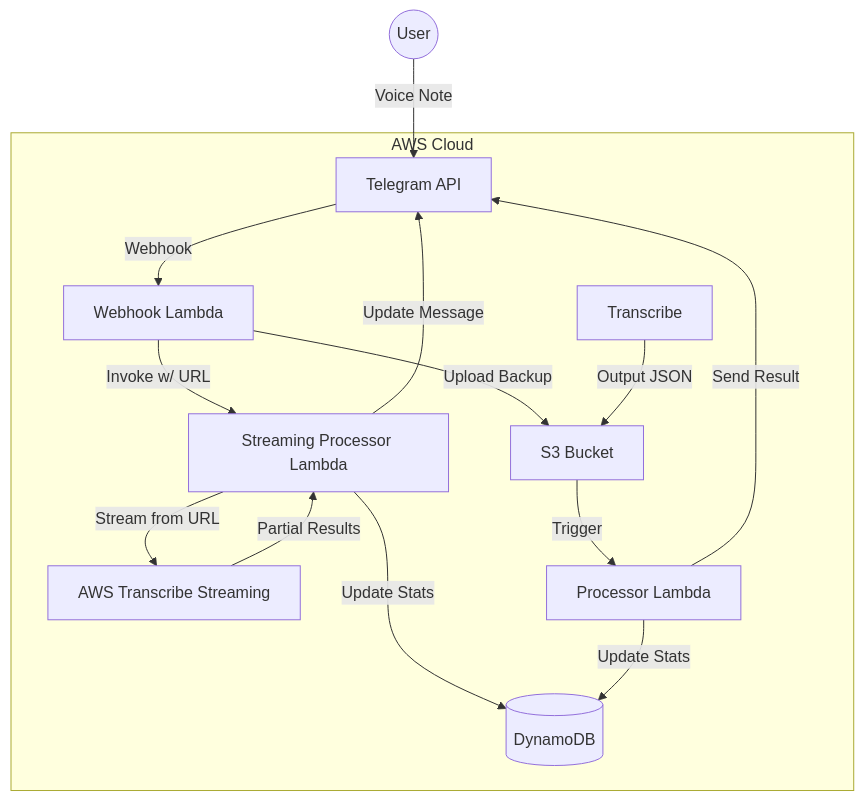
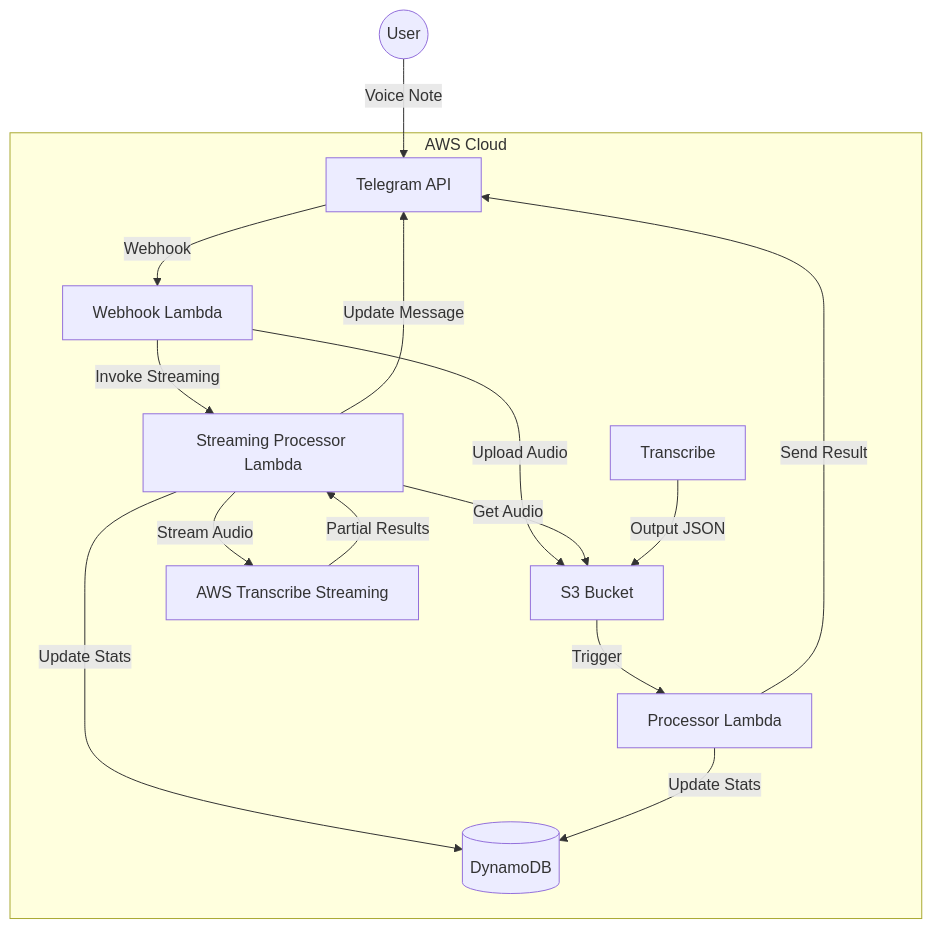
One commit to didiberman/tf-telegram-serverless-transcription-aws changed the diagram in README.md. Above: the diagram before and after it, drawn with Mermaid.

````diff
--- a/README.md
+++ b/README.md
@@ -15,21 +15,22 @@
 ```mermaid
 graph TD
     User((User)) -->|Voice Note| Telegram[Telegram API]
     Telegram -->|Webhook| WebhookLambda[Webhook Lambda]
 
     subgraph AWS Cloud
-        WebhookLambda -->|Invoke w/ URL| StreamingLambda[Streaming Processor Lambda]
-        WebhookLambda -->|Upload Backup| S3[S3 Bucket]
+        WebhookLambda -->|Upload Audio| S3[S3 Bucket]
+        WebhookLambda -->|Invoke Streaming| StreamingLambda[Streaming Processor Lambda]
 
-        StreamingLambda -->|Stream from URL| TranscribeStream[AWS Transcribe Streaming]
+        StreamingLambda -->|Get Audio| S3
+        StreamingLambda -->|Stream Audio| TranscribeStream[AWS Transcribe Streaming]
         TranscribeStream -->|Partial Results| StreamingLambda
         StreamingLambda -->|Update Message| Telegram
 
         Transcribe -->|Output JSON| S3
         S3 -->|Trigger| ProcessorLambda[Processor Lambda]
         ProcessorLambda -->|Send Result| Telegram
 
         StreamingLambda -->|Update Stats| DynamoDB[(DynamoDB)]
         ProcessorLambda -->|Update Stats| DynamoDB
     end
 ```
````
